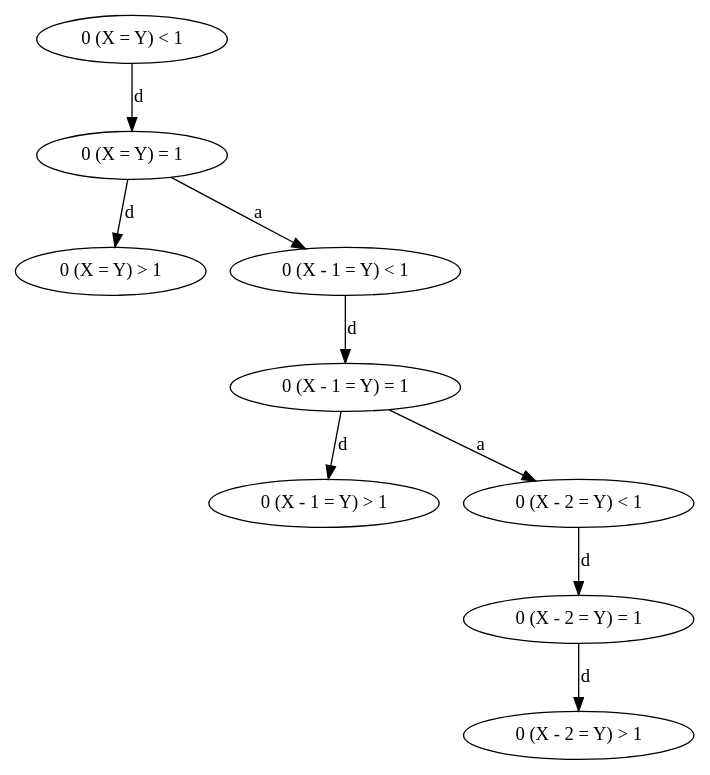
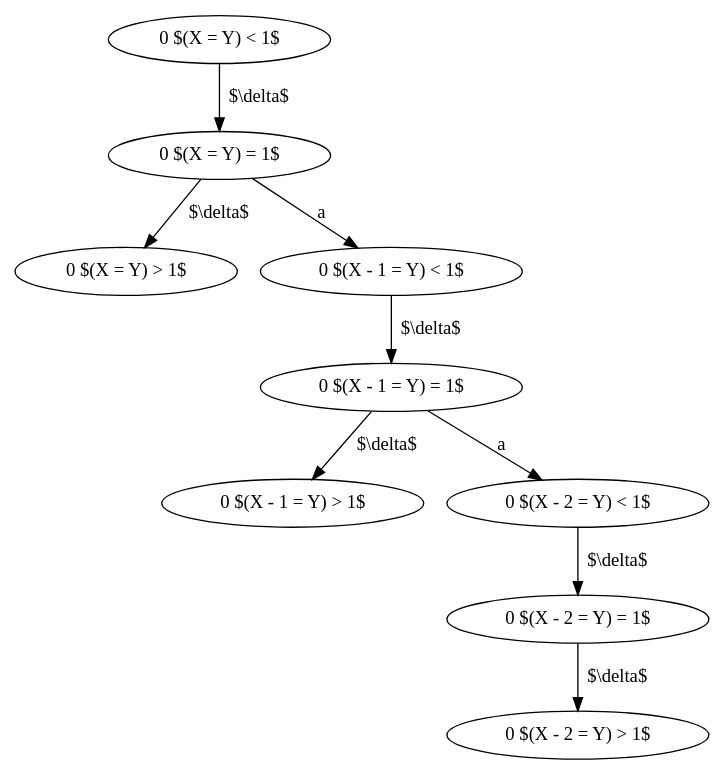
One commit to sguha100/bachelor-thesis changed the diagram in thesis/breaking2-zones03.dot. Above: the diagram before and after it, drawn with Graphviz. The commit also changed 6 other files, not shown here.

Commit message:
Fixed some issues with SVG graphics.

```diff
--- a/thesis/breaking2-zones03.dot
+++ b/thesis/breaking2-zones03.dot
@@ -1,19 +1,19 @@
 digraph {
-"0 (X = Y) < 1";
-"0 (X = Y) = 1";
-"0 (X = Y) > 1";
-"0 (X - 1 = Y) < 1";
-"0 (X - 1 = Y) = 1";
-"0 (X - 1 = Y) > 1";
-"0 (X - 2 = Y) < 1";
-"0 (X - 2 = Y) = 1";
-"0 (X - 2 = Y) > 1";
-"0 (X = Y) < 1" -> "0 (X = Y) = 1" [label = "d"]
-"0 (X = Y) = 1" -> "0 (X = Y) > 1" [label = "d"]
-"0 (X = Y) = 1" -> "0 (X - 1 = Y) < 1" [label = "a"]
-"0 (X - 1 = Y) < 1" -> "0 (X - 1 = Y) = 1" [label = "d"]
-"0 (X - 1 = Y) = 1" -> "0 (X - 1 = Y) > 1" [label = "d"]
-"0 (X - 1 = Y) = 1" -> "0 (X - 2 = Y) < 1" [label = "a"]
-"0 (X - 2 = Y) < 1" -> "0 (X - 2 = Y) = 1" [label = "d"]
-"0 (X - 2 = Y) = 1" -> "0 (X - 2 = Y) > 1" [label = "d"]
+"0 $(X = Y) < 1$";
+"0 $(X = Y) = 1$";
+"0 $(X = Y) > 1$";
+"0 $(X - 1 = Y) < 1$";
+"0 $(X - 1 = Y) = 1$";
+"0 $(X - 1 = Y) > 1$";
+"0 $(X - 2 = Y) < 1$";
+"0 $(X - 2 = Y) = 1$";
+"0 $(X - 2 = Y) > 1$";
+"0 $(X = Y) < 1$" -> "0 $(X = Y) = 1$" [label = "$\\delta$"]
+"0 $(X = Y) = 1$" -> "0 $(X = Y) > 1$" [label = "$\\delta$"]
+"0 $(X = Y) = 1$" -> "0 $(X - 1 = Y) < 1$" [label = "a"]
+"0 $(X - 1 = Y) < 1$" -> "0 $(X - 1 = Y) = 1$" [label = "$\\delta$"]
+"0 $(X - 1 = Y) = 1$" -> "0 $(X - 1 = Y) > 1$" [label = "$\\delta$"]
+"0 $(X - 1 = Y) = 1$" -> "0 $(X - 2 = Y) < 1$" [label = "a"]
+"0 $(X - 2 = Y) < 1$" -> "0 $(X - 2 = Y) = 1$" [label = "$\\delta$"]
+"0 $(X - 2 = Y) = 1$" -> "0 $(X - 2 = Y) > 1$" [label = "$\\delta$"]
 }
```
